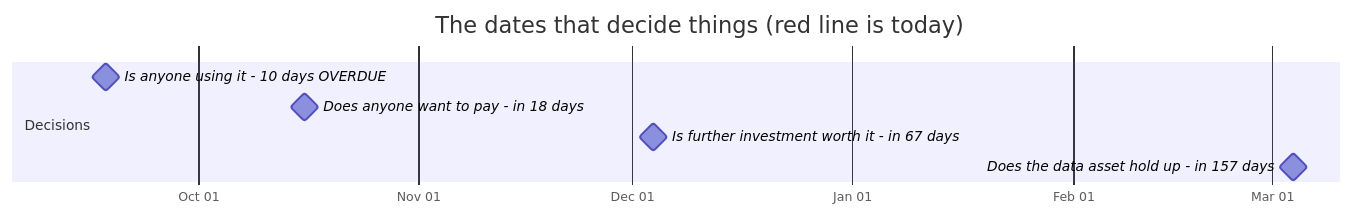
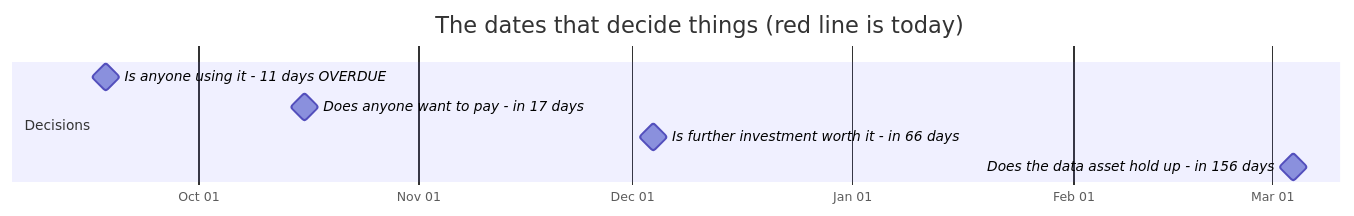
One commit to jakegu1/vetagent changed the first of 2 diagrams in docs/OWNER.md. Above: the diagram before and after it, drawn with Mermaid. The commit also changed other lines of this file and 1 other file, not shown here.

````diff
--- a/docs/OWNER.md
+++ b/docs/OWNER.md
@@ -67,12 +67,12 @@
 ```mermaid
 gantt
     dateFormat YYYY-MM-DD
     axisFormat %b %d
     todayMarker stroke-width:3px,stroke:#d33,stroke-dasharray:0
     title The dates that decide things (red line is today)
     section Decisions
-    Is anyone using it - 10 days OVERDUE :milestone, 2026-09-18, 0d
-    Does anyone want to pay - in 18 days :milestone, 2026-10-16, 0d
-    Is further investment worth it - in 67 days :milestone, 2026-12-04, 0d
-    Does the data asset hold up - in 157 days :milestone, 2027-03-04, 0d
+    Is anyone using it - 11 days OVERDUE :milestone, 2026-09-18, 0d
+    Does anyone want to pay - in 17 days :milestone, 2026-10-16, 0d
+    Is further investment worth it - in 66 days :milestone, 2026-12-04, 0d
+    Does the data asset hold up - in 156 days :milestone, 2027-03-04, 0d
 ```
````
